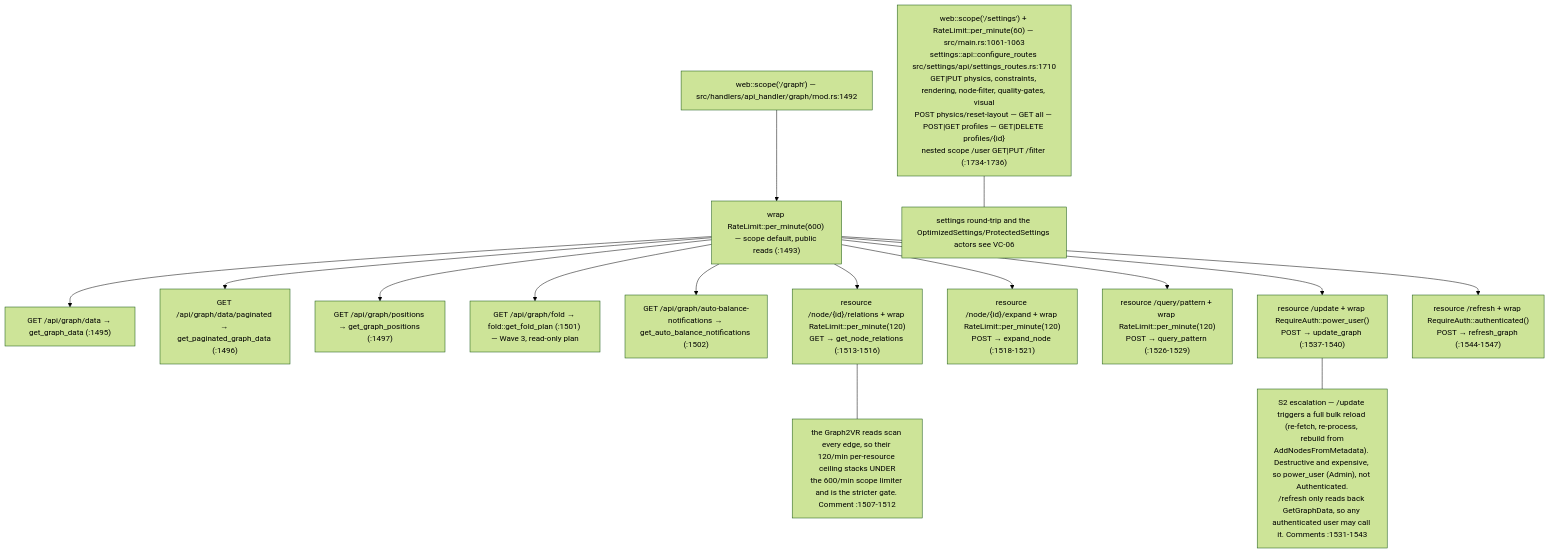
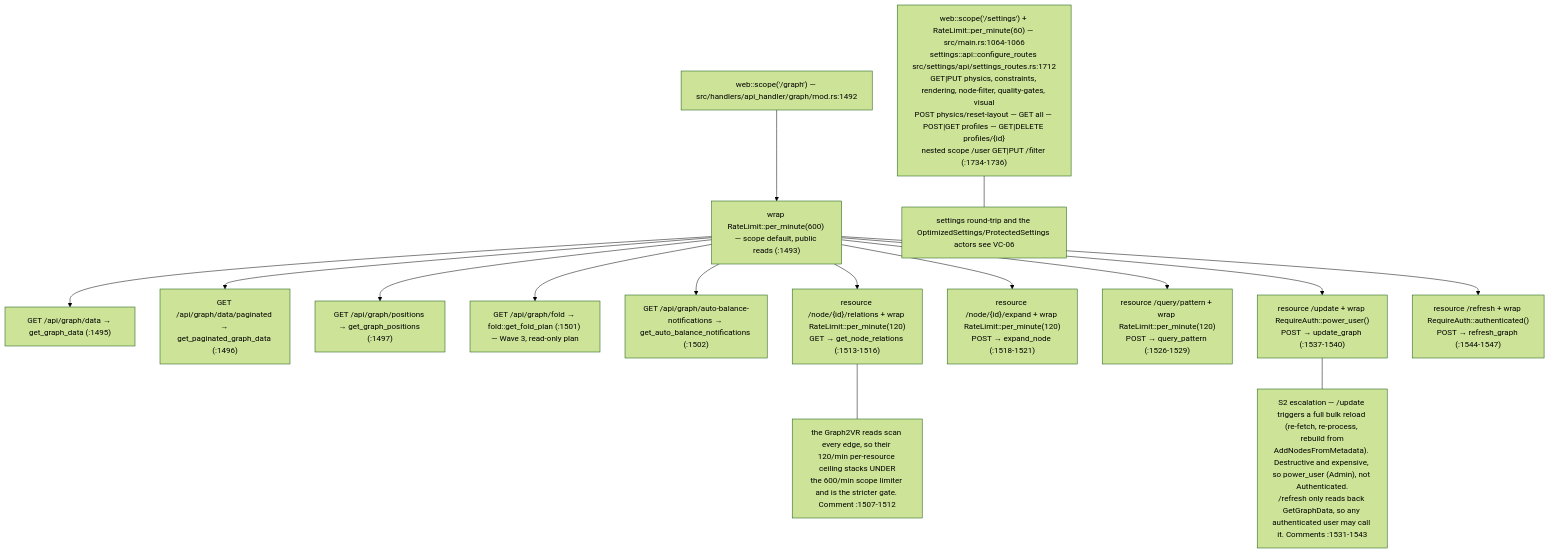
One commit to DreamLab-AI/AR-AI-Knowledge-Graph changed diagram 14 of 14 in docs/diagrams/visionclaw/01-boot-and-app-state.md. Above: the diagram before and after it, drawn with Mermaid (forest theme). The commit also changed other lines of this file and 73 other files, not shown here.

First line of the commit message:
docs(diagrams): re-verify all 71 topic files against HEAD; add --cite-check

````diff
--- a/docs/diagrams/visionclaw/01-boot-and-app-state.md
+++ b/docs/diagrams/visionclaw/01-boot-and-app-state.md
@@ -493,22 +493,22 @@
 ```mermaid
 flowchart TB
     G["web::scope('/graph') — src/handlers/api_handler/graph/mod.rs:1492"]
     G --> RL["wrap RateLimit::per_minute(600) — scope default, public reads (:1493)"]
     RL --> P1["GET /api/graph/data → get_graph_data (:1495)"]
     RL --> P2["GET /api/graph/data/paginated → get_paginated_graph_data (:1496)"]
     RL --> P3["GET /api/graph/positions → get_graph_positions (:1497)"]
     RL --> P4["GET /api/graph/fold → fold::get_fold_plan (:1501) — Wave 3, read-only plan"]
     RL --> P5["GET /api/graph/auto-balance-notifications → get_auto_balance_notifications (:1502)"]
     RL --> T1["resource /node/{id}/relations + wrap RateLimit::per_minute(120)<br/>GET → get_node_relations (:1513-1516)"]
     RL --> T2["resource /node/{id}/expand + wrap RateLimit::per_minute(120)<br/>POST → expand_node (:1518-1521)"]
     RL --> T3["resource /query/pattern + wrap RateLimit::per_minute(120)<br/>POST → query_pattern (:1526-1529)"]
     RL --> A1["resource /update + wrap RequireAuth::power_user()<br/>POST → update_graph (:1537-1540)"]
     RL --> A2["resource /refresh + wrap RequireAuth::authenticated()<br/>POST → refresh_graph (:1544-1547)"]
     N1["S2 escalation — /update triggers a full bulk reload (re-fetch, re-process, rebuild from<br/>AddNodesFromMetadata). Destructive and expensive, so power_user (Admin), not Authenticated.<br/>/refresh only reads back GetGraphData, so any authenticated user may call it. Comments :1531-1543"]
     A1 --- N1
     N2["the Graph2VR reads scan every edge, so their 120/min per-resource ceiling stacks UNDER<br/>the 600/min scope limiter and is the stricter gate. Comment :1507-1512"]
     T1 --- N2
-    SET["web::scope('/settings') + RateLimit::per_minute(60) — src/main.rs:1061-1063<br/>settings::api::configure_routes src/settings/api/settings_routes.rs:1710<br/>GET|PUT physics, constraints, rendering, node-filter, quality-gates, visual<br/>POST physics/reset-layout — GET all — POST|GET profiles — GET|DELETE profiles/{id}<br/>nested scope /user GET|PUT /filter (:1734-1736)"]
+    SET["web::scope('/settings') + RateLimit::per_minute(60) — src/main.rs:1064-1066<br/>settings::api::configure_routes src/settings/api/settings_routes.rs:1712<br/>GET|PUT physics, constraints, rendering, node-filter, quality-gates, visual<br/>POST physics/reset-layout — GET all — POST|GET profiles — GET|DELETE profiles/{id}<br/>nested scope /user GET|PUT /filter (:1734-1736)"]
     SET2["settings round-trip and the OptimizedSettings/ProtectedSettings actors see VC-06"]
     SET --- SET2
 ```
````
